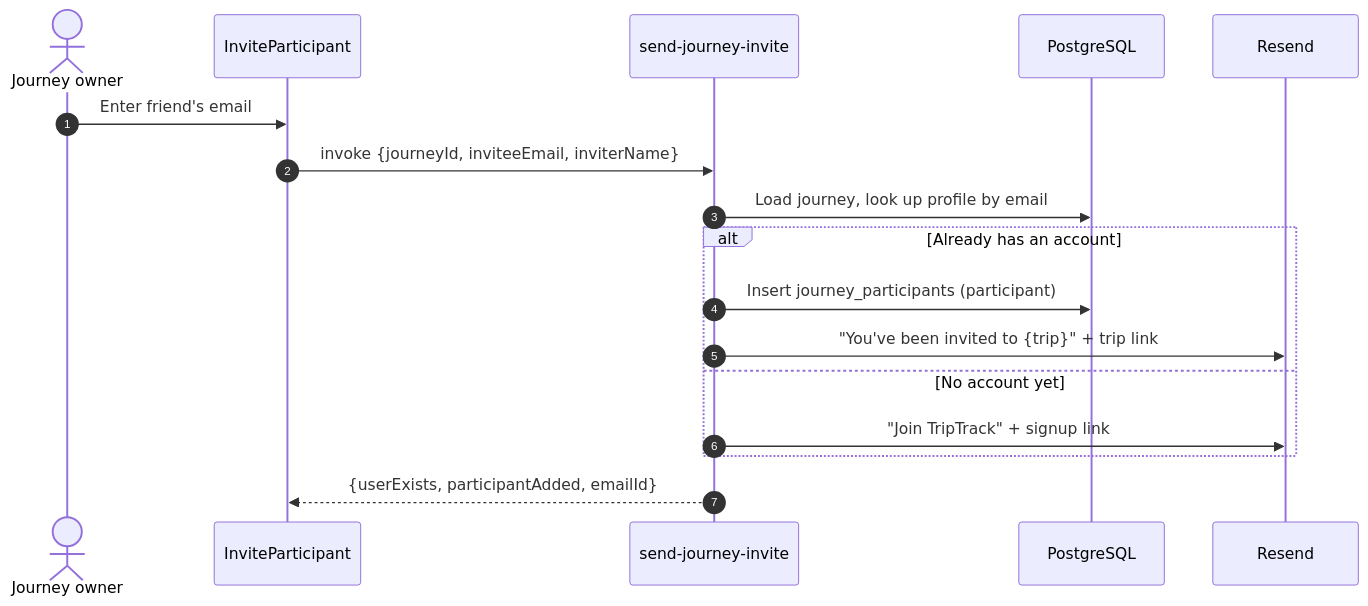
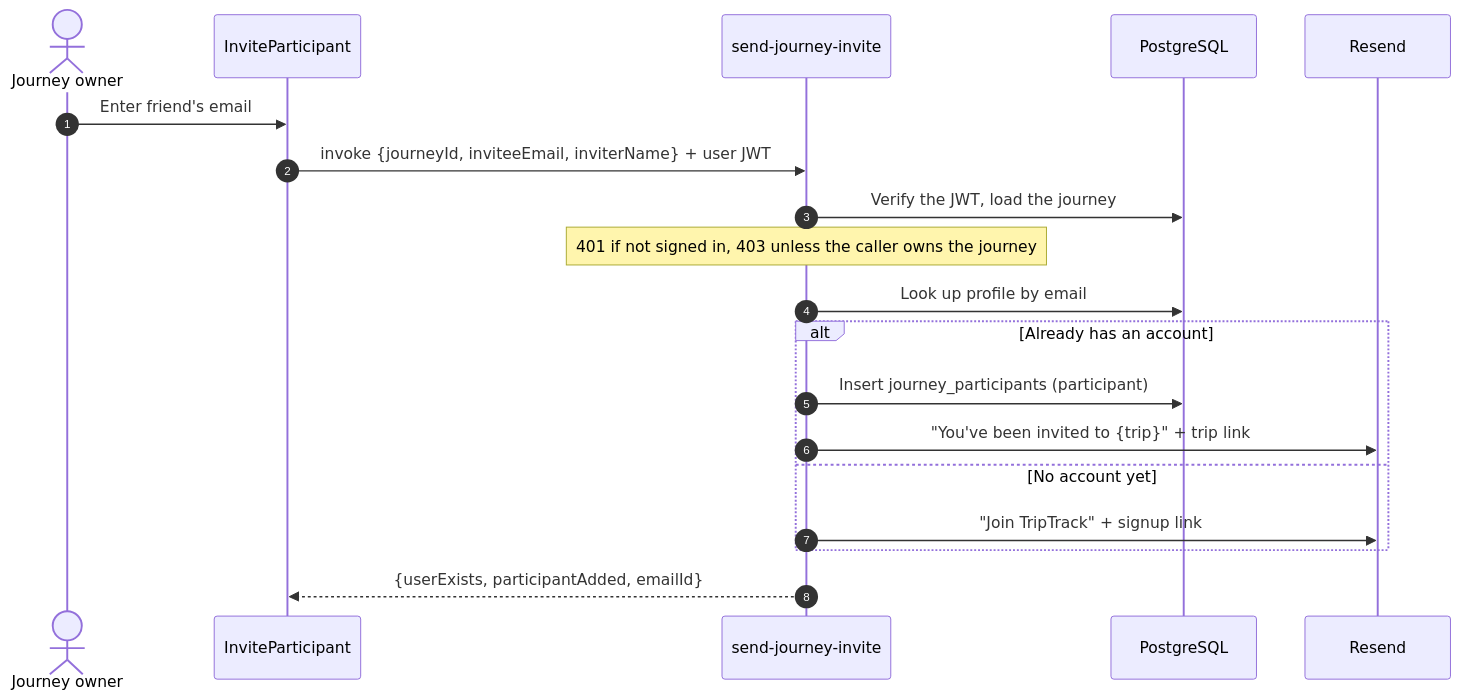
The third of 3 diagrams in docs/architecture.md (Mozart299/triptrack), drawn with Mermaid before and after one commit. The commit also changed other lines of this file and 2 other files, not shown here.

Commit message:
Restrict journey invites to the journey owner
send-journey-invite runs with the service-role key, so it bypassed RLS and accepted any journeyId. It now verifies the caller's JWT and requires them to own the journey, matching the journey_participants insert policy. The invite form is shown to owners only.

````diff
--- a/docs/architecture.md
+++ b/docs/architecture.md
@@ -90,19 +90,21 @@
 ```mermaid
 sequenceDiagram
     autonumber
     actor O as Journey owner
     participant UI as InviteParticipant
     participant EF as send-journey-invite
     participant PG as PostgreSQL
     participant RS as Resend
     O->>UI: Enter friend's email
-    UI->>EF: invoke {journeyId, inviteeEmail, inviterName}
-    EF->>PG: Load journey, look up profile by email
+    UI->>EF: invoke {journeyId, inviteeEmail, inviterName} + user JWT
+    EF->>PG: Verify the JWT, load the journey
+    Note over EF: 401 if not signed in, 403 unless the caller owns the journey
+    EF->>PG: Look up profile by email
     alt Already has an account
         EF->>PG: Insert journey_participants (participant)
         EF->>RS: "You've been invited to {trip}" + trip link
     else No account yet
         EF->>RS: "Join TripTrack" + signup link
     end
     EF-->>UI: {userExists, participantAdded, emailId}
 ```
````
